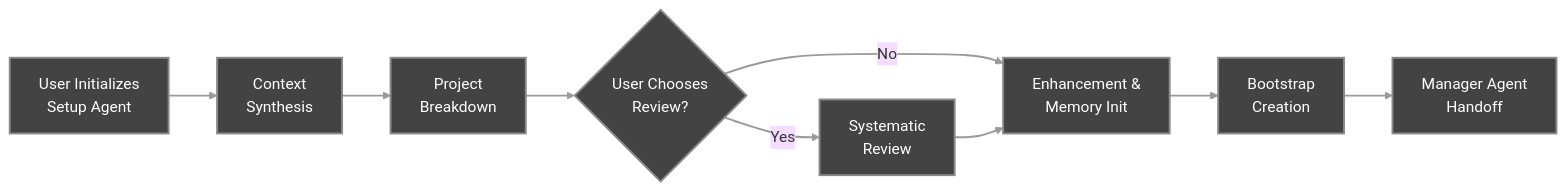
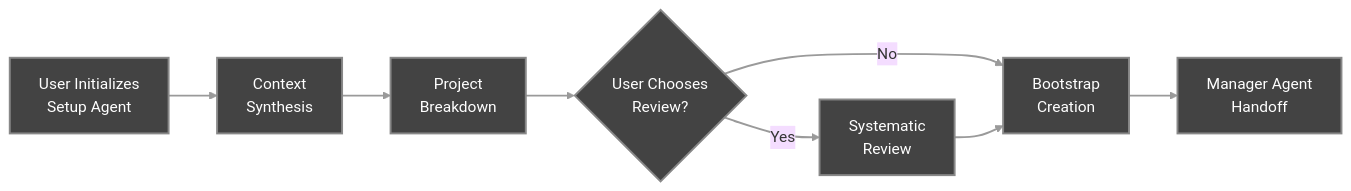
Before and after one commit to sdi2200262/agentic-project-management: the first of 5 diagrams in docs/Workflow_Overview.md, drawn with Mermaid (base theme). The commit also changed other lines of this file and 2 other files, not shown here.

````diff
--- a/docs/Workflow_Overview.md
+++ b/docs/Workflow_Overview.md
@@ -22,14 +22,13 @@
 ```mermaid
 graph LR
     A[User Initializes<br/>Setup Agent] --> C[Context<br/>Synthesis]
     C --> D[Project<br/>Breakdown]
     D --> E{User Chooses<br/>Review?}
     E -->|Yes| F[Systematic<br/>Review]
-    E -->|No| G[Enhancement &<br/>Memory Init]
-    F --> G
-    G --> H[Bootstrap<br/>Creation]
+    E -->|No| H[Bootstrap<br/>Creation]
+    F --> H
     H --> I[Manager Agent<br/>Handoff]
     
     classDef default fill:#434343,stroke:#888888,stroke-width:2px,color:#ffffff
     linkStyle default stroke:#9A9A9A,stroke-width:2px
 ```
````
